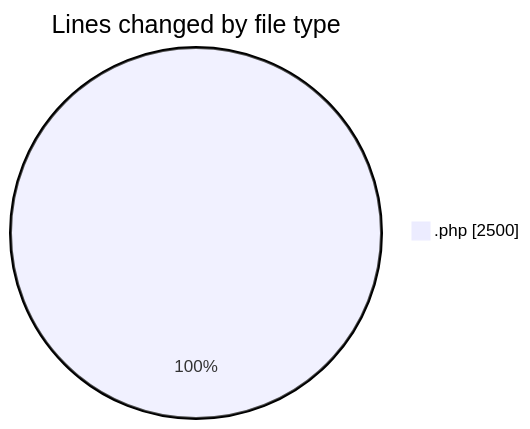
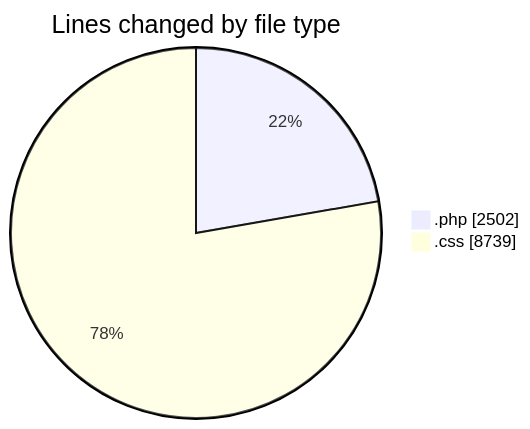
One commit to robertbonfada/code-tracking changed the first of 2 diagrams in 2025-02-14/checkout/README.md. Above: the diagram before and after it, drawn with Mermaid. The commit also changed other lines of this file and 1 other file, not shown here.

````diff
--- a/2025-02-14/checkout/README.md
+++ b/2025-02-14/checkout/README.md
@@ -20,5 +21,6 @@
 ```mermaid
 pie showData
 title Lines changed by file type
-".php" : 2500
+".php" : 2502
+".css" : 8739
 ```
````
